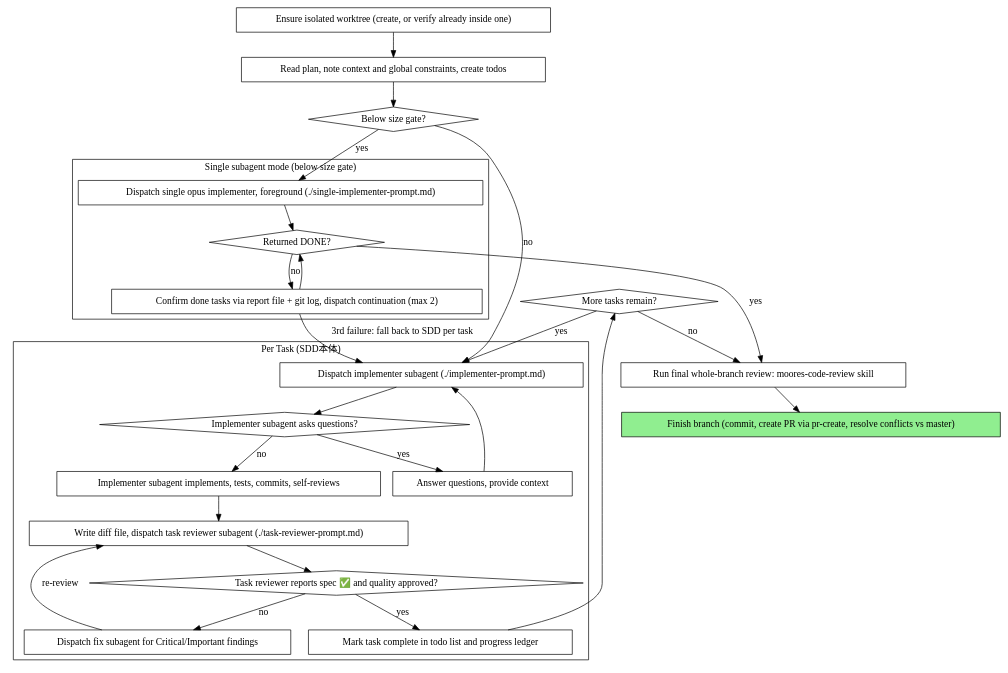
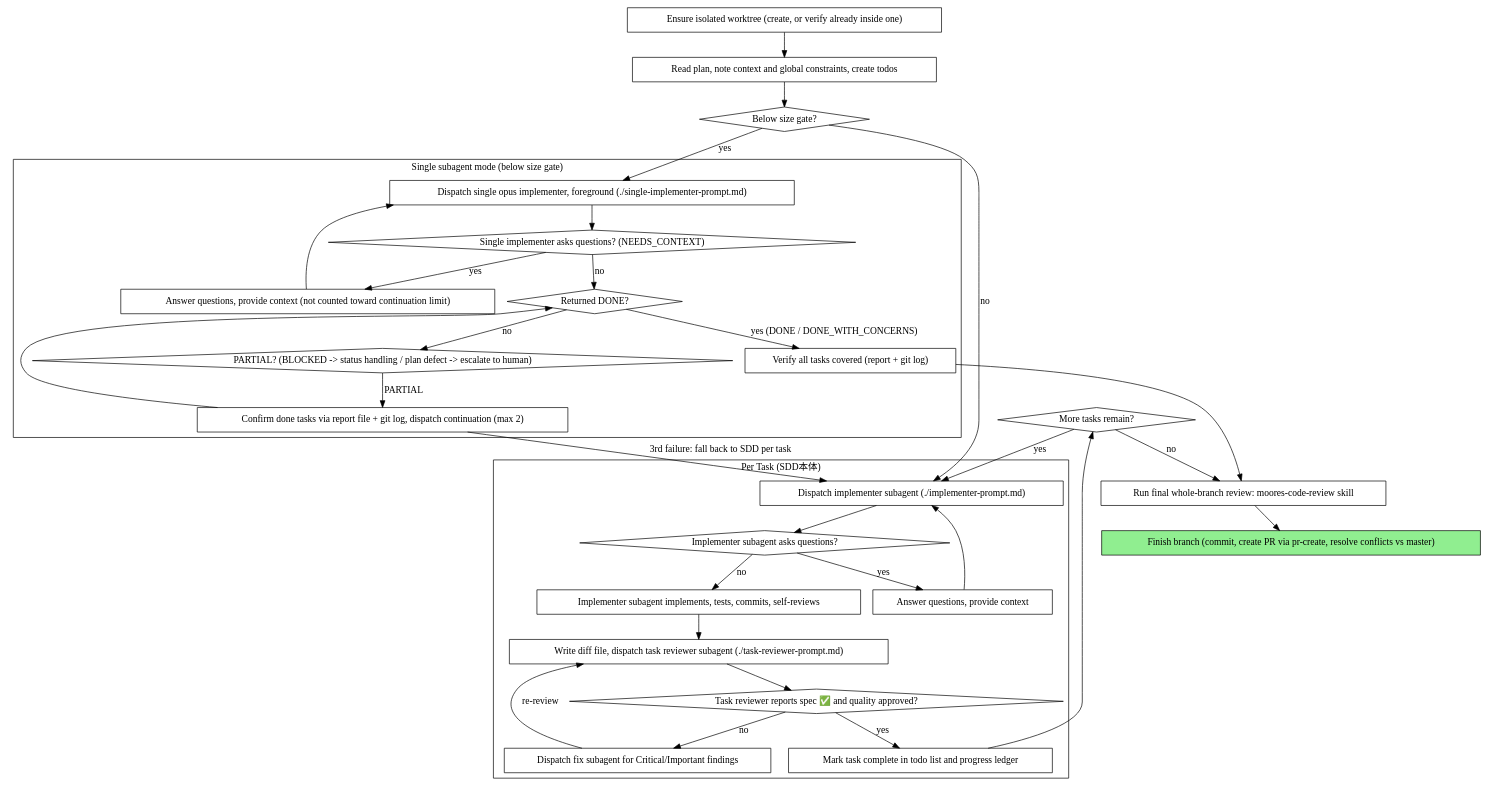
One commit to moorestech/moorestech changed the second of 2 diagrams in .agents/skills/subagent-driven-development/SKILL.md. Above: the diagram before and after it, drawn with Graphviz. The commit also changed other lines of this file and 6 other files, not shown here.

````diff
--- a/.agents/skills/subagent-driven-development/SKILL.md
+++ b/.agents/skills/subagent-driven-development/SKILL.md
@@ -135,54 +141,63 @@
 ```dot
 digraph process {
     rankdir=TB;
 
     subgraph cluster_per_task {
         label="Per Task (SDD本体)";
         "Dispatch implementer subagent (./implementer-prompt.md)" [shape=box];
         "Implementer subagent asks questions?" [shape=diamond];
         "Answer questions, provide context" [shape=box];
         "Implementer subagent implements, tests, commits, self-reviews" [shape=box];
         "Write diff file, dispatch task reviewer subagent (./task-reviewer-prompt.md)" [shape=box];
         "Task reviewer reports spec ✅ and quality approved?" [shape=diamond];
         "Dispatch fix subagent for Critical/Important findings" [shape=box];
         "Mark task complete in todo list and progress ledger" [shape=box];
     }
 
     subgraph cluster_single {
         label="Single subagent mode (below size gate)";
         "Dispatch single opus implementer, foreground (./single-implementer-prompt.md)" [shape=box];
+        "Single implementer asks questions? (NEEDS_CONTEXT)" [shape=diamond];
+        "Answer questions, provide context (not counted toward continuation limit)" [shape=box];
         "Returned DONE?" [shape=diamond];
+        "Verify all tasks covered (report + git log)" [shape=box];
+        "PARTIAL? (BLOCKED -> status handling / plan defect -> escalate to human)" [shape=diamond];
         "Confirm done tasks via report file + git log, dispatch continuation (max 2)" [shape=box];
     }
 
     "Ensure isolated worktree (create, or verify already inside one)" [shape=box];
     "Read plan, note context and global constraints, create todos" [shape=box];
     "Below size gate?" [shape=diamond];
     "More tasks remain?" [shape=diamond];
     "Run final whole-branch review: moores-code-review skill" [shape=box];
     "Finish branch (commit, create PR via pr-create, resolve conflicts vs master)" [shape=box style=filled fillcolor=lightgreen];
 
     "Ensure isolated worktree (create, or verify already inside one)" -> "Read plan, note context and global constraints, create todos";
     "Read plan, note context and global constraints, create todos" -> "Below size gate?";
     "Below size gate?" -> "Dispatch single opus implementer, foreground (./single-implementer-prompt.md)" [label="yes"];
-    "Dispatch single opus implementer, foreground (./single-implementer-prompt.md)" -> "Returned DONE?";
-    "Returned DONE?" -> "Run final whole-branch review: moores-code-review skill" [label="yes"];
-    "Returned DONE?" -> "Confirm done tasks via report file + git log, dispatch continuation (max 2)" [label="no"];
+    "Dispatch single opus implementer, foreground (./single-implementer-prompt.md)" -> "Single implementer asks questions? (NEEDS_CONTEXT)";
+    "Single implementer asks questions? (NEEDS_CONTEXT)" -> "Answer questions, provide context (not counted toward continuation limit)" [label="yes"];
+    "Answer questions, provide context (not counted toward continuation limit)" -> "Dispatch single opus implementer, foreground (./single-implementer-prompt.md)";
+    "Single implementer asks questions? (NEEDS_CONTEXT)" -> "Returned DONE?" [label="no"];
+    "Returned DONE?" -> "Verify all tasks covered (report + git log)" [label="yes (DONE / DONE_WITH_CONCERNS)"];
+    "Verify all tasks covered (report + git log)" -> "Run final whole-branch review: moores-code-review skill";
+    "Returned DONE?" -> "PARTIAL? (BLOCKED -> status handling / plan defect -> escalate to human)" [label="no"];
+    "PARTIAL? (BLOCKED -> status handling / plan defect -> escalate to human)" -> "Confirm done tasks via report file + git log, dispatch continuation (max 2)" [label="PARTIAL"];
     "Confirm done tasks via report file + git log, dispatch continuation (max 2)" -> "Returned DONE?";
     "Confirm done tasks via report file + git log, dispatch continuation (max 2)" -> "Dispatch implementer subagent (./implementer-prompt.md)" [label="3rd failure: fall back to SDD per task"];
     "Below size gate?" -> "Dispatch implementer subagent (./implementer-prompt.md)" [label="no"];
     "Dispatch implementer subagent (./implementer-prompt.md)" -> "Implementer subagent asks questions?";
     "Implementer subagent asks questions?" -> "Answer questions, provide context" [label="yes"];
     "Answer questions, provide context" -> "Dispatch implementer subagent (./implementer-prompt.md)";
     "Implementer subagent asks questions?" -> "Implementer subagent implements, tests, commits, self-reviews" [label="no"];
     "Implementer subagent implements, tests, commits, self-reviews" -> "Write diff file, dispatch task reviewer subagent (./task-reviewer-prompt.md)";
     "Write diff file, dispatch task reviewer subagent (./task-reviewer-prompt.md)" -> "Task reviewer reports spec ✅ and quality approved?";
     "Task reviewer reports spec ✅ and quality approved?" -> "Dispatch fix subagent for Critical/Important findings" [label="no"];
     "Dispatch fix subagent for Critical/Important findings" -> "Write diff file, dispatch task reviewer subagent (./task-reviewer-prompt.md)" [label="re-review"];
     "Task reviewer reports spec ✅ and quality approved?" -> "Mark task complete in todo list and progress ledger" [label="yes"];
     "Mark task complete in todo list and progress ledger" -> "More tasks remain?";
     "More tasks remain?" -> "Dispatch implementer subagent (./implementer-prompt.md)" [label="yes"];
     "More tasks remain?" -> "Run final whole-branch review: moores-code-review skill" [label="no"];
     "Run final whole-branch review: moores-code-review skill" -> "Finish branch (commit, create PR via pr-create, resolve conflicts vs master)";
 }
 ```
````
